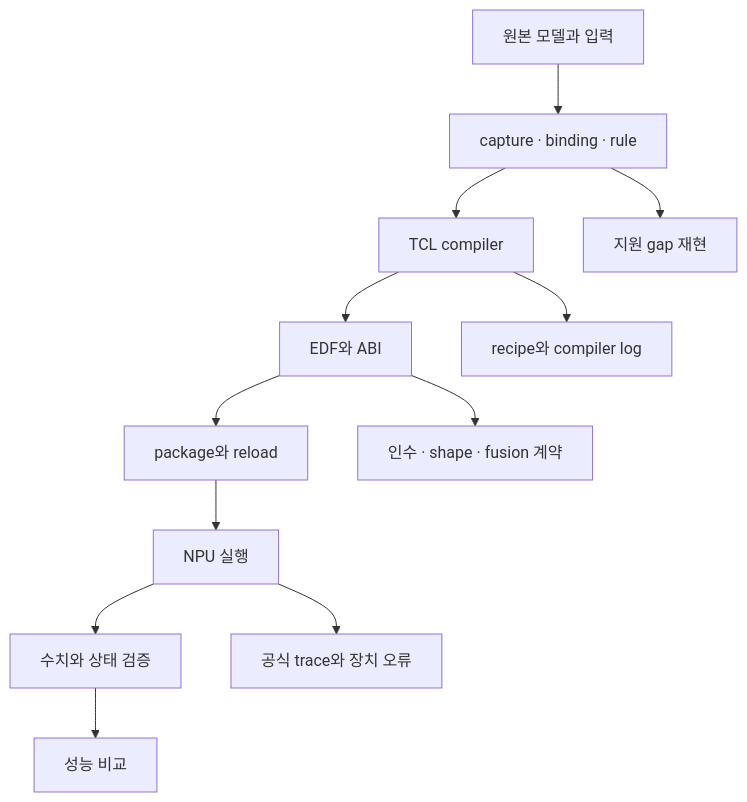
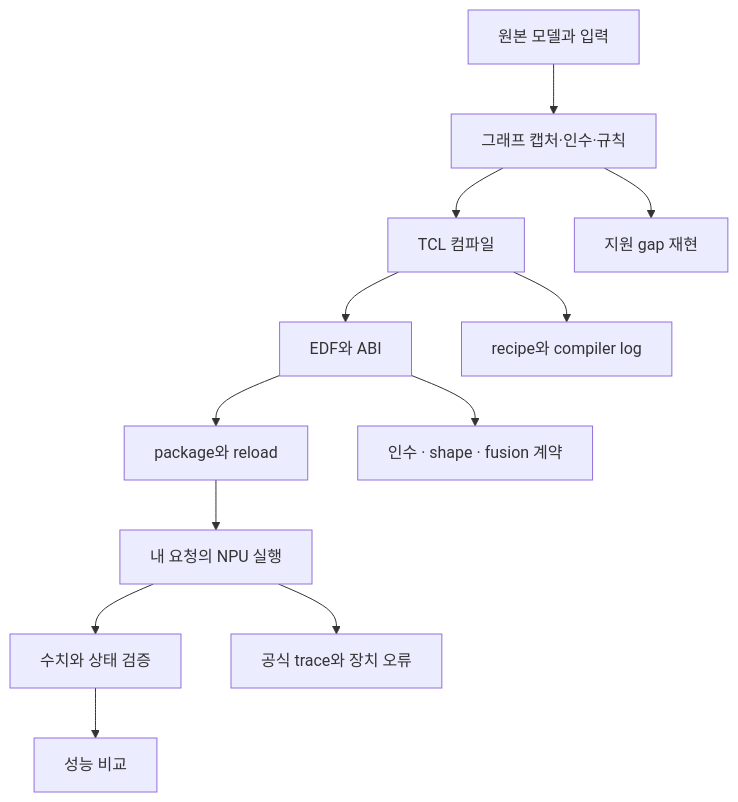
One commit to smallstep-zzz/furyno5-handbook changed the diagram in content/17-debugging.md. Above: the diagram before and after it, drawn with Mermaid. The commit also changed other lines of this file and 97 other files, not shown here.

````diff
--- a/content/17-debugging.md
+++ b/content/17-debugging.md
@@ -7,14 +22,14 @@
 ```mermaid
 flowchart TB
-    A["원본 모델과 입력"] --> B["capture · binding · rule"]
-    B --> C["TCL compiler"]
+    A["원본 모델과 입력"] --> B["그래프 캡처·인수·규칙"]
+    B --> C["TCL 컴파일"]
     C --> D["EDF와 ABI"]
     D --> E["package와 reload"]
-    E --> F["NPU 실행"]
+    E --> F["내 요청의 NPU 실행"]
     F --> G["수치와 상태 검증"]
     G --> H["성능 비교"]
     B --> I["지원 gap 재현"]
     C --> J["recipe와 compiler log"]
     D --> K["인수 · shape · fusion 계약"]
     F --> L["공식 trace와 장치 오류"]
 ```
````
